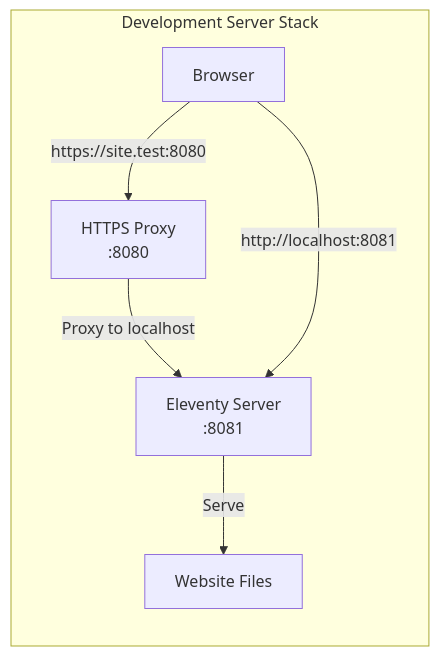
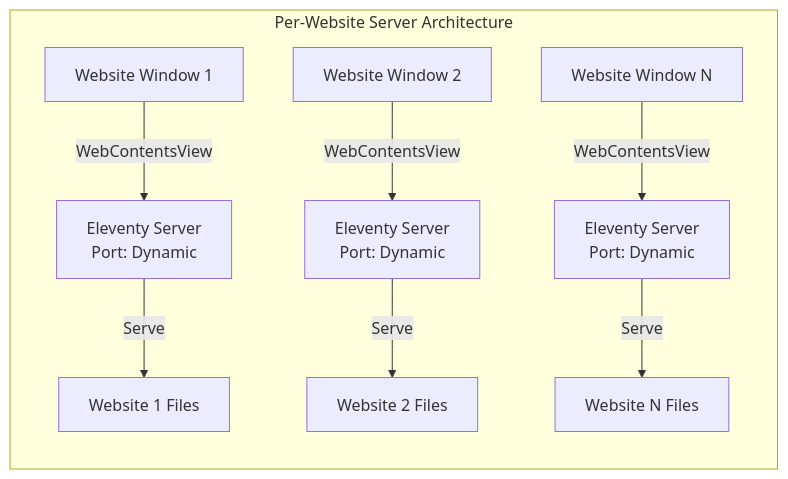
One commit to Anglesite/Anglesite changed the ninth of 15 diagrams in docs/architecture.md. Above: the diagram before and after it, drawn with Mermaid. The commit also changed other lines of this file and 59 other files, not shown here.

````diff
--- a/docs/architecture.md
+++ b/docs/architecture.md
@@ -382,15 +403,24 @@
 ```mermaid
 graph LR
-    subgraph "Development Server Stack"
-        Browser[Browser]
-        HTTPS[HTTPS Proxy<br/>:8080]
-        HTTP[Eleventy Server<br/>:8081]
-        Files[Website Files]
+    subgraph "Per-Website Server Architecture"
+        Window1[Website Window 1]
+        Window2[Website Window 2]
+        WindowN[Website Window N]
+
+        Server1[Eleventy Server<br/>Port: Dynamic]
+        Server2[Eleventy Server<br/>Port: Dynamic]
+        ServerN[Eleventy Server<br/>Port: Dynamic]
+
+        Files1[Website 1 Files]
+        Files2[Website 2 Files]
+        FilesN[Website N Files]
     end
 
-    Browser -->|https://site.test:8080| HTTPS
-    HTTPS -->|Proxy to localhost| HTTP
-    HTTP -->|Serve| Files
+    Window1 -->|WebContentsView| Server1
+    Window2 -->|WebContentsView| Server2
+    WindowN -->|WebContentsView| ServerN
 
-    Browser -->|http://localhost:8081| HTTP
+    Server1 -->|Serve| Files1
+    Server2 -->|Serve| Files2
+    ServerN -->|Serve| FilesN
 ```
````
